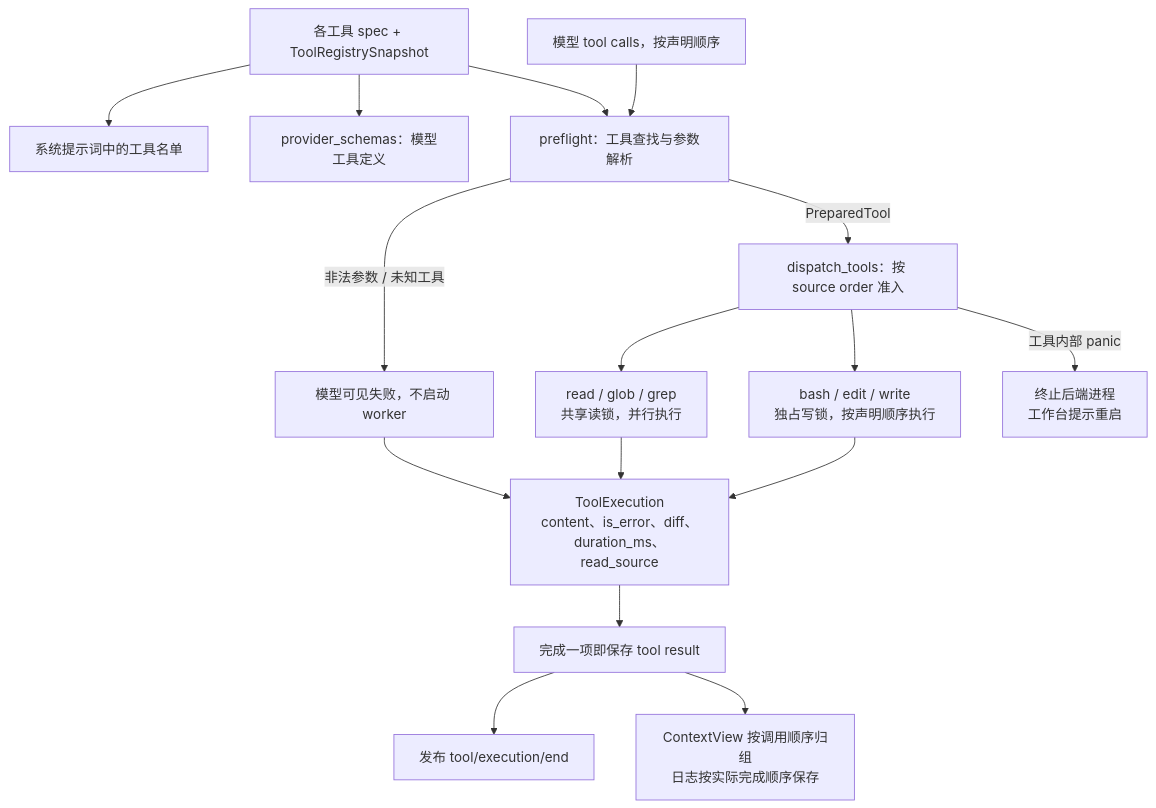
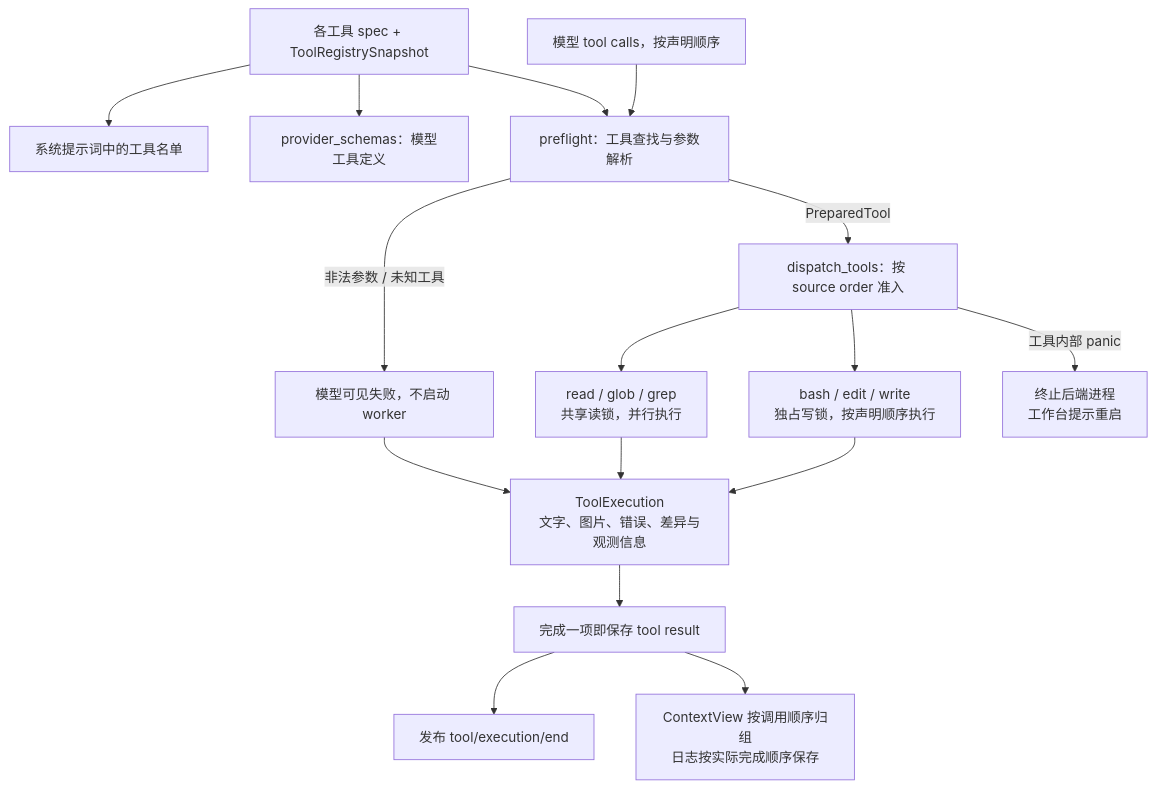
Diagram 24 of 29 in docs/architecture.md (qjcnmd/singularity-agent), drawn with Mermaid before and after one commit. The commit also changed other lines of this file and 67 other files, not shown here.

Commit message:
支持图片输入与读取，显示平均 TTFT

````diff
--- a/docs/architecture.md
+++ b/docs/architecture.md
@@ -682,18 +695,18 @@
 ```mermaid
 flowchart TB
     Specs["各工具 spec + ToolRegistrySnapshot"] --> Prompt["系统提示词中的工具名单"]
     Specs --> Schema["provider_schemas：模型工具定义"]
     Calls["模型 tool calls，按声明顺序"] --> Preflight["preflight：工具查找与参数解析"]
     Specs --> Preflight
     Preflight -->|"非法参数 / 未知工具"| Rejected["模型可见失败，不启动 worker"]
     Preflight -->|"PreparedTool"| Dispatch["dispatch_tools：按 source order 准入"]
     Dispatch --> ReadOnly["read / glob / grep<br/>共享读锁，并行执行"]
     Dispatch --> Barrier["bash / edit / write<br/>独占写锁，按声明顺序执行"]
     Dispatch -->|"工具内部 panic"| HostFatal["终止后端进程<br/>工作台提示重启"]
-    ReadOnly --> Result["ToolExecution<br/>content、is_error、diff、duration_ms、read_source"]
+    ReadOnly --> Result["ToolExecution<br/>文字、图片、错误、差异与观测信息"]
     Barrier --> Result
     Rejected --> Result
     Result --> Persist["完成一项即保存 tool result"]
     Persist --> Event["发布 tool/execution/end"]
     Persist --> ModelOrder["ContextView 按调用顺序归组<br/>日志按实际完成顺序保存"]
 ```
````
